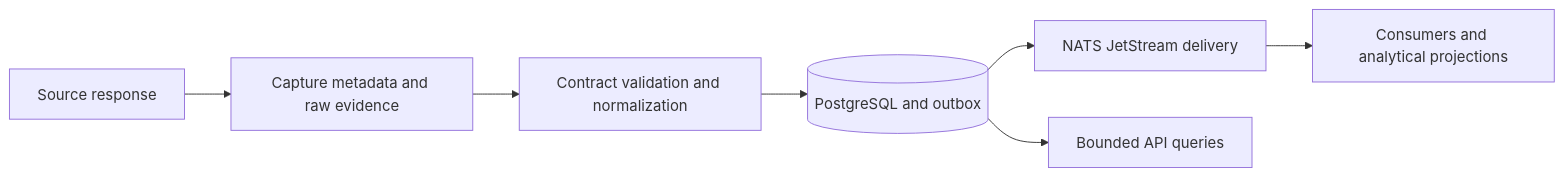
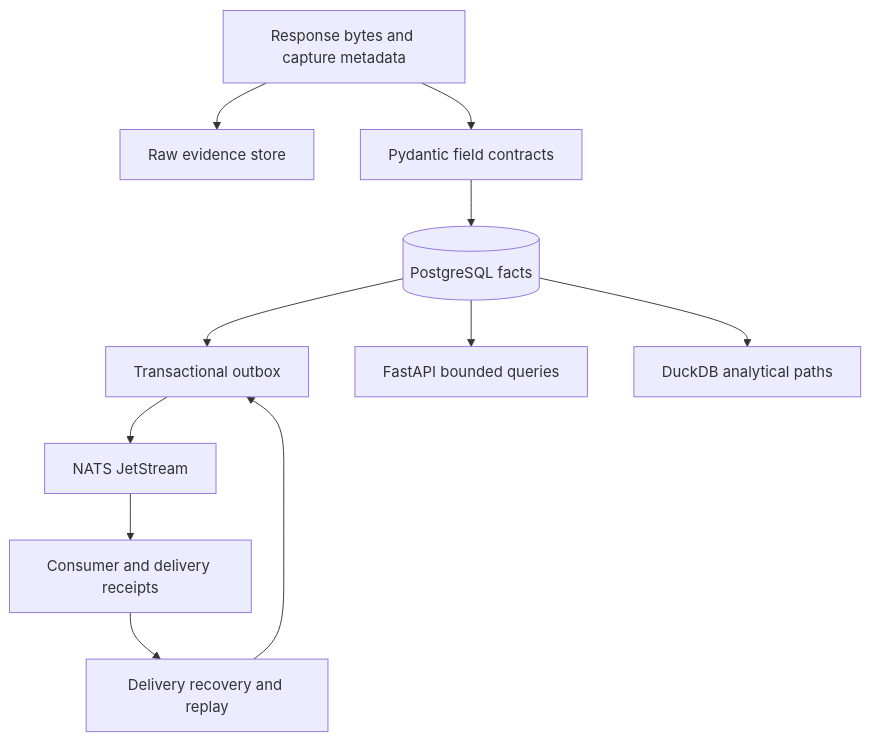
Before and after one commit to qquante/market-data-platform: the diagram in README.md, drawn with Mermaid. The commit also changed other lines of this file, not shown here.

````diff
--- a/README.md
+++ b/README.md
@@ -26,9 +11,13 @@
 ```mermaid
-flowchart LR
-  A[Source response] --> B[Capture metadata and raw evidence]
-  B --> C[Contract validation and normalization]
-  C --> D[(PostgreSQL and outbox)]
-  D --> E[NATS JetStream delivery]
-  E --> F[Consumers and analytical projections]
-  D --> G[Bounded API queries]
+flowchart TB
+  Capture[Response bytes and capture metadata] --> Raw[Raw evidence store]
+  Capture --> Validate[Pydantic field contracts]
+  Validate --> Facts[(PostgreSQL facts)]
+  Facts --> Outbox[Transactional outbox]
+  Outbox --> NATS[NATS JetStream]
+  NATS --> Consumer[Consumer and delivery receipts]
+  Facts --> API[FastAPI bounded queries]
+  Facts --> Analytics[DuckDB analytical paths]
+  Consumer --> Recovery[Delivery recovery and replay]
+  Recovery --> Outbox
 ```
````
